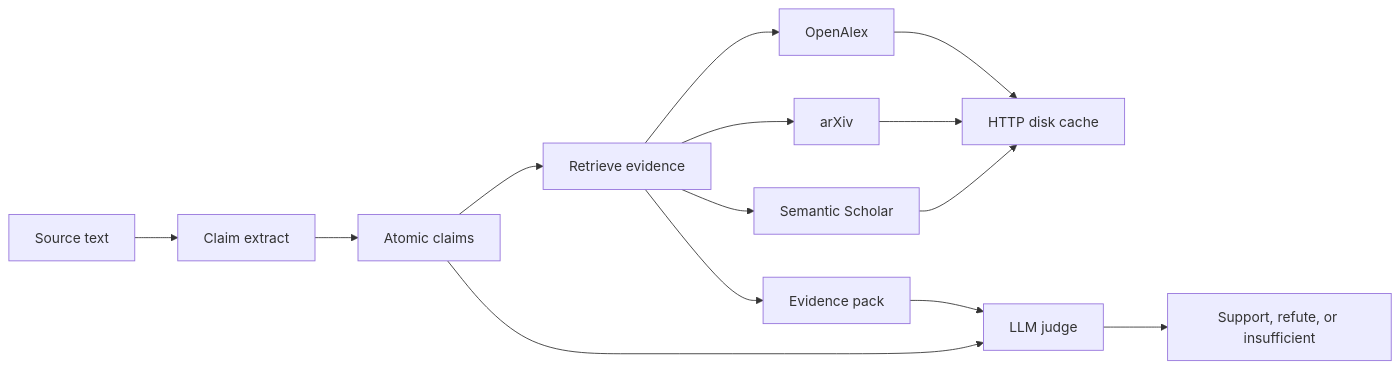
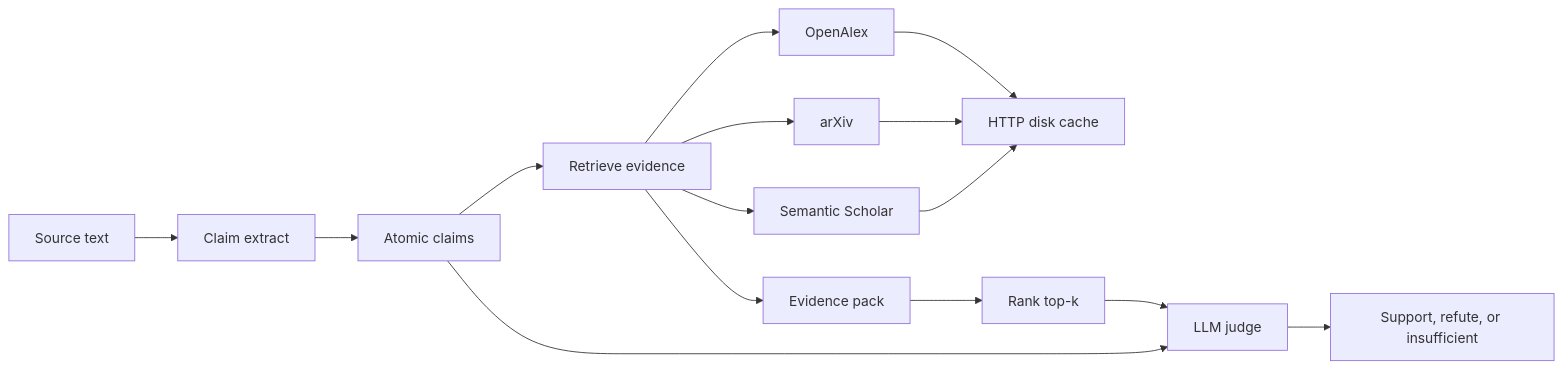
The diagram in README.md (shehbaz0101/claimforge), drawn with Mermaid before and after one commit. The commit also changed other lines of this file and 16 other files, not shown here.

First line of the commit message:
feat: rank evidence with MiniLM embeddings or TF-IDF cosine (#4)

````diff
--- a/README.md
+++ b/README.md
@@ -29,16 +30,17 @@
 ```mermaid
 flowchart LR
   source[Source text] --> extract[Claim extract]
   extract --> claims[Atomic claims]
   claims --> retrieve[Retrieve evidence]
   retrieve --> openalex[OpenAlex]
   retrieve --> arxiv[arXiv]
   retrieve --> s2[Semantic Scholar]
   openalex --> cache[HTTP disk cache]
   arxiv --> cache
   s2 --> cache
   retrieve --> evidence[Evidence pack]
+  evidence --> rank[Rank top-k]
   claims --> judge[LLM judge]
-  evidence --> judge
+  rank --> judge
   judge --> verdict[Support, refute, or insufficient]
 ```
````
